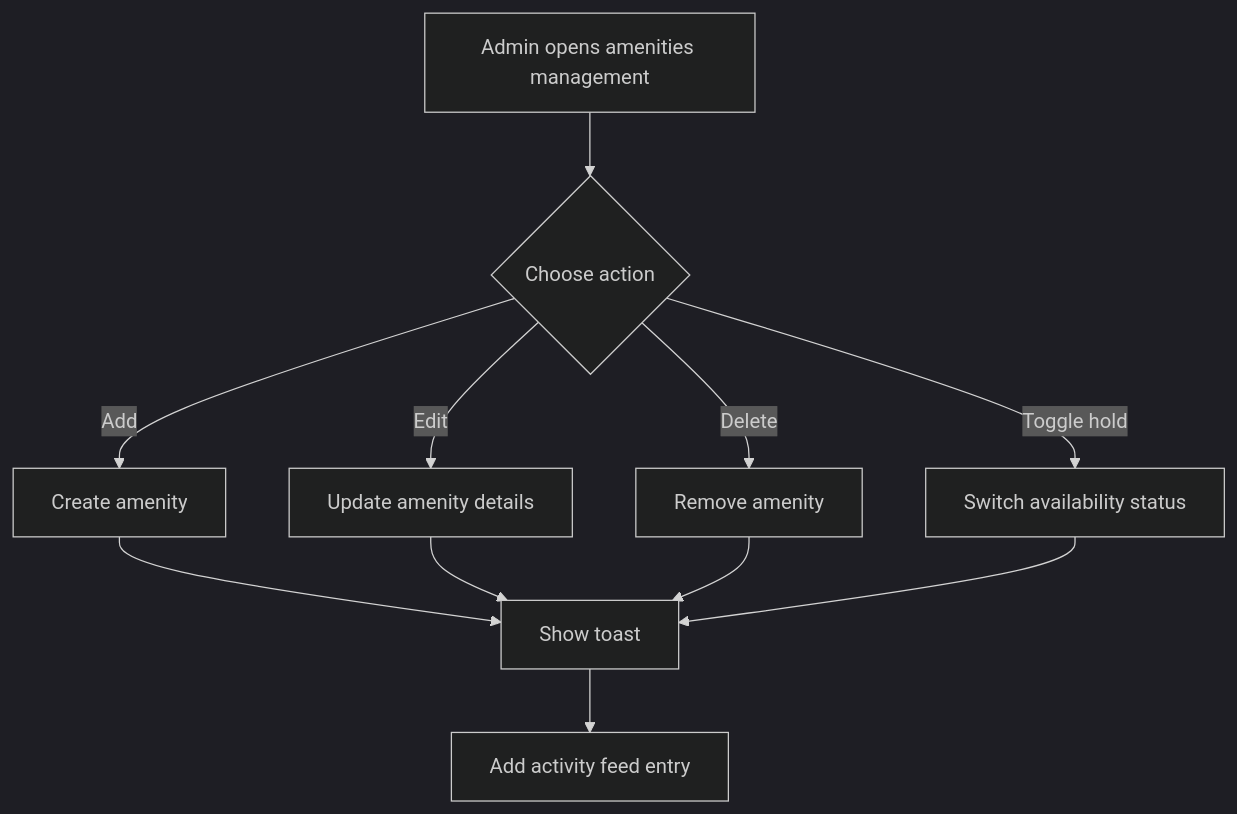
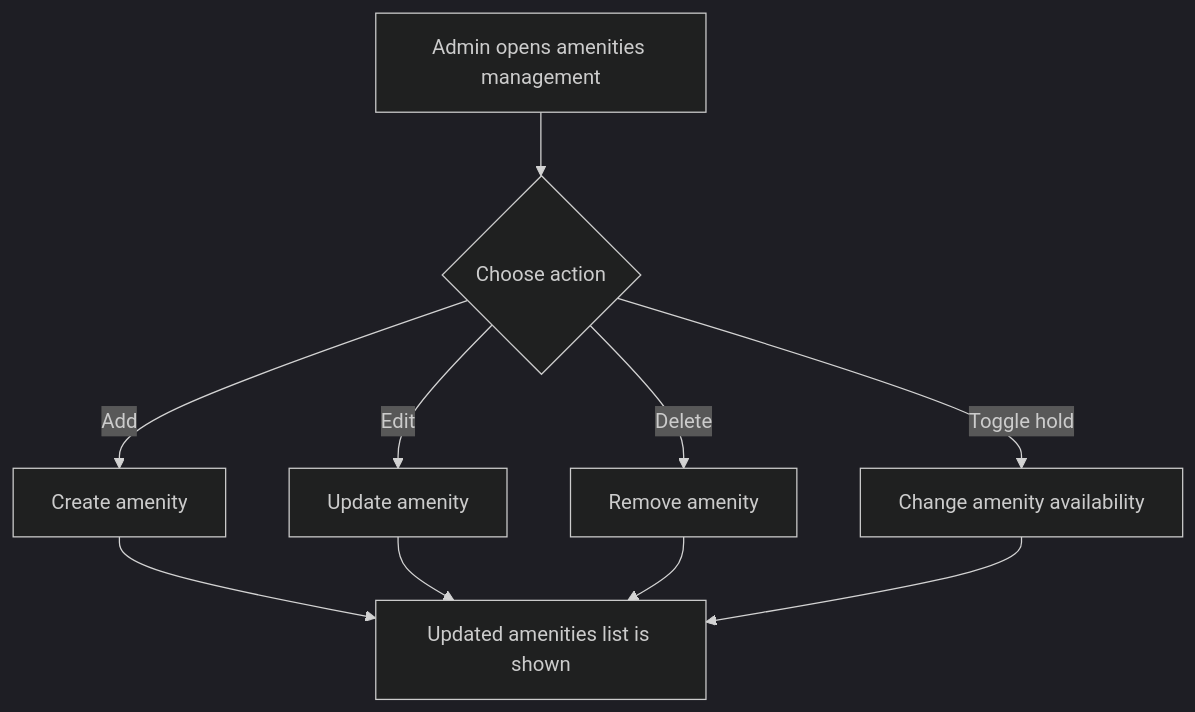
Diagram 15 of 20 in implemented_flows.md (painful-bug/MAY2026-Team-035), drawn with Mermaid (dark theme) before and after one commit. The commit also changed other lines of this file, not shown here.

First line of the commit message:
Simplify flow documentation

````diff
--- a/implemented_flows.md
+++ b/implemented_flows.md
@@ -301,13 +167,12 @@
 ```mermaid
 flowchart TD
   A[Admin opens amenities management] --> B{Choose action}
   B -->|Add| C[Create amenity]
-  B -->|Edit| D[Update amenity details]
+  B -->|Edit| D[Update amenity]
   B -->|Delete| E[Remove amenity]
-  B -->|Toggle hold| F[Switch availability status]
-  C --> G[Show toast]
+  B -->|Toggle hold| F[Change amenity availability]
+  C --> G[Updated amenities list is shown]
   D --> G
   E --> G
   F --> G
-  G --> H[Add activity feed entry]
 ```
````
